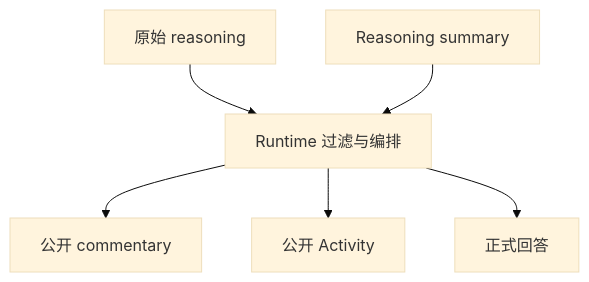
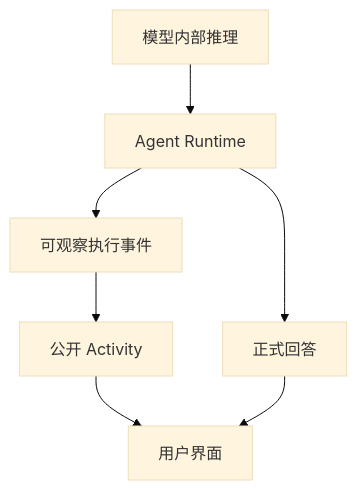
One commit to zhanglun/zhanglun.github.io changed the first of 2 diagrams in src/content/blogs/2026-08-28-agent-activity-stream-codex-style.md. Above: the diagram before and after it, drawn with Mermaid (base theme). The commit also changed other lines of this file and 33 other files, not shown here.

````diff
--- a/src/content/blogs/2026-08-28-agent-activity-stream-codex-style.md
+++ b/src/content/blogs/2026-08-28-agent-activity-stream-codex-style.md
@@ -128,8 +96,9 @@
 ```mermaid
 flowchart TD
-    R[原始 reasoning] --> X[Runtime 过滤与编排]
-    S[Reasoning summary] --> X
-    X --> C[公开 commentary]
-    X --> A[公开 Activity]
+    R[模型内部推理] --> X[Agent Runtime]
+    X --> E[可观察执行事件]
+    E --> A[公开 Activity]
     X --> T[正式回答]
+    A --> U[用户界面]
+    T --> U
 ```
````
